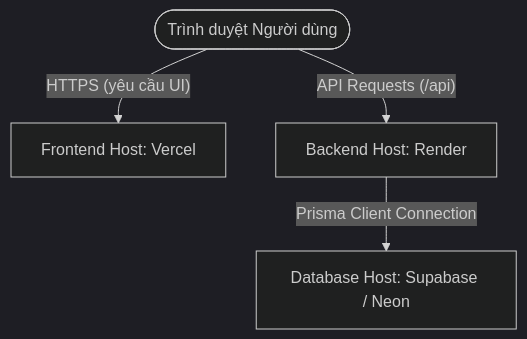
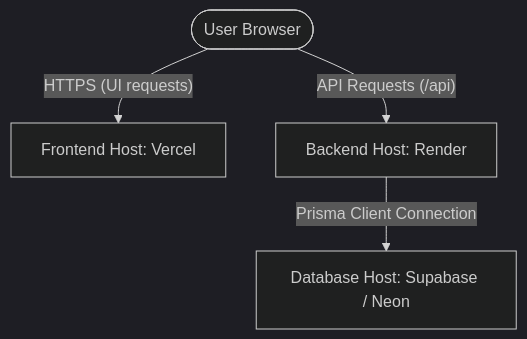
Before and after one commit to quocanhDev99/release_flow_platform: the diagram in docs/07-deployment.md, drawn with Mermaid (dark theme). The commit also changed other lines of this file and 39 other files, not shown here.

````diff
--- a/docs/07-deployment.md
+++ b/docs/07-deployment.md
@@ -9,11 +9,11 @@
 ```mermaid
 flowchart TD
-    Client([Trình duyệt Người dùng])
+    Client([User Browser])
     Vercel[Frontend Host: Vercel]
     Render[Backend Host: Render]
     Supabase[Database Host: Supabase / Neon]
 
-    Client -- HTTPS (yêu cầu UI) --> Vercel
+    Client -- HTTPS (UI requests) --> Vercel
     Client -- API Requests (/api) --> Render
     Render -- Prisma Client Connection --> Supabase
 ```
````
